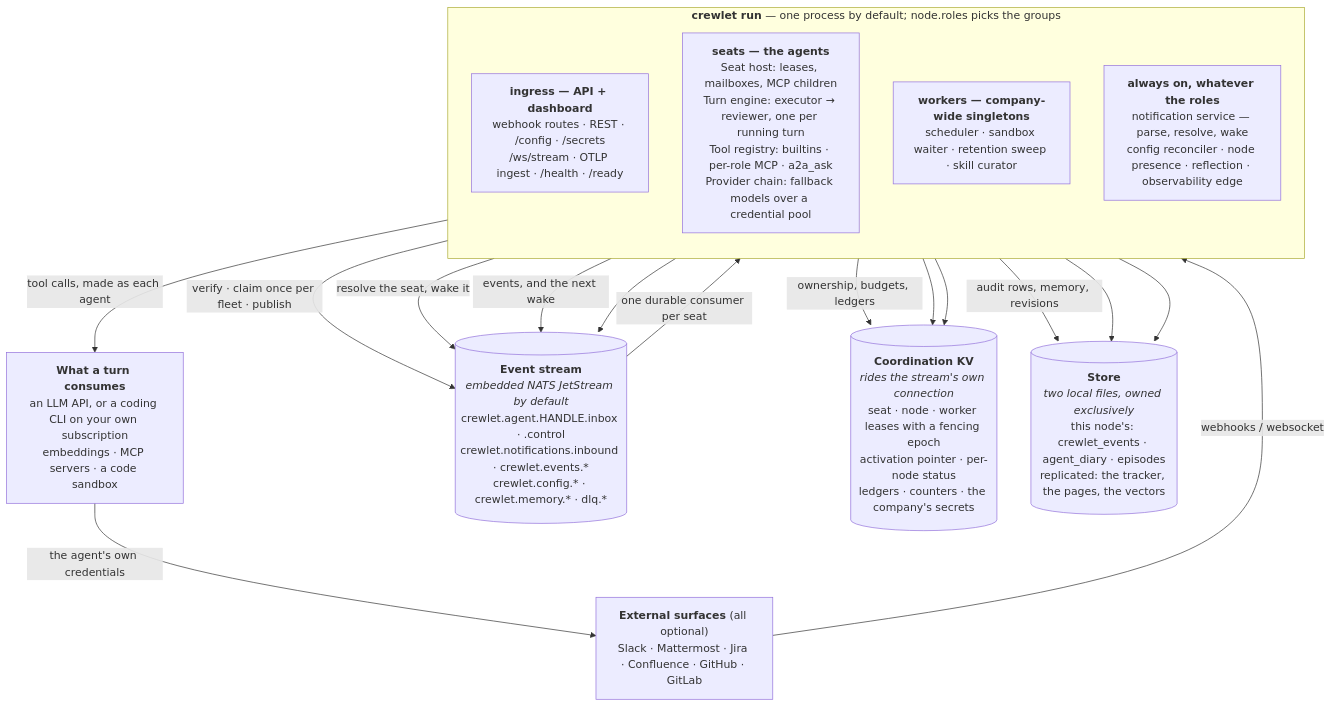
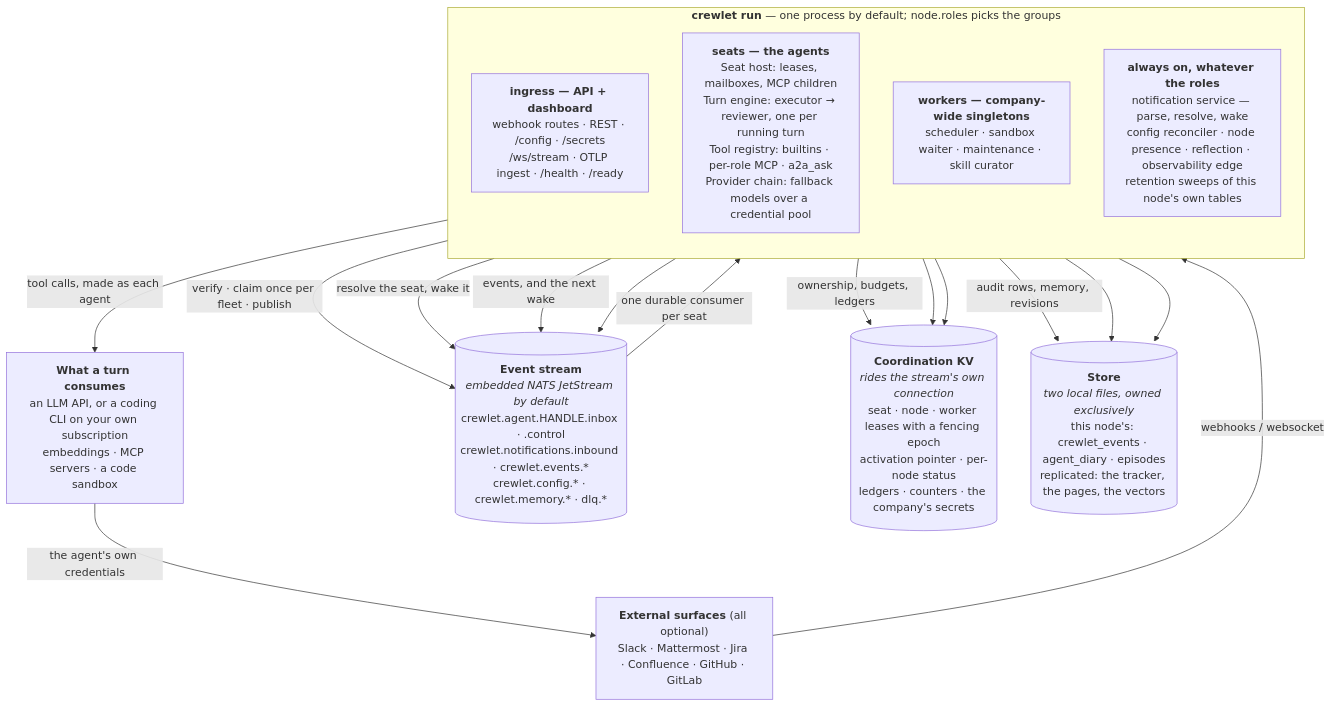
Before and after one commit to crewlet/crewlet: the diagram in docs/concepts/overview.md, drawn with Mermaid. The commit also changed other lines of this file and 79 other files, not shown here.

````diff
--- a/docs/concepts/overview.md
+++ b/docs/concepts/overview.md
@@ -56,32 +56,32 @@
 ```mermaid
 flowchart TB
     EXT["<b>External surfaces</b> (all optional)<br/>Slack · Mattermost · Jira · Confluence · GitHub · GitLab"]
     SUPPLY["<b>What a turn consumes</b><br/>an LLM API, or a coding CLI on your own subscription<br/>embeddings · MCP servers · a code sandbox"]
 
     subgraph proc["<b>crewlet run</b> — one process by default; node.roles picks the groups"]
         direction TB
         API["<b>ingress — API + dashboard</b><br/>webhook routes · REST · /config · /secrets<br/>/ws/stream · OTLP ingest · /health · /ready"]
         SEAT["<b>seats — the agents</b><br/>Seat host: leases, mailboxes, MCP children<br/>Turn engine: executor → reviewer, one per running turn<br/>Tool registry: builtins · per-role MCP · a2a_ask<br/>Provider chain: fallback models over a credential pool"]
-        DUTY["<b>workers — company-wide singletons</b><br/>scheduler · sandbox waiter · retention sweep · skill curator"]
-        CORE["<b>always on, whatever the roles</b><br/>notification service — parse, resolve, wake<br/>config reconciler · node presence · reflection · observability edge"]
+        DUTY["<b>workers — company-wide singletons</b><br/>scheduler · sandbox waiter · maintenance · skill curator"]
+        CORE["<b>always on, whatever the roles</b><br/>notification service — parse, resolve, wake<br/>config reconciler · node presence · reflection · observability edge<br/>retention sweeps of this node's own tables"]
     end
 
     STREAM[("<b>Event stream</b><br/><i>embedded NATS JetStream by default</i><br/>crewlet.agent.HANDLE.inbox · .control<br/>crewlet.notifications.inbound · crewlet.events.*<br/>crewlet.config.* · crewlet.memory.* · dlq.*")]
     KV[("<b>Coordination KV</b><br/><i>rides the stream's own connection</i><br/>seat · node · worker leases with a fencing epoch<br/>activation pointer · per-node status<br/>ledgers · counters · the company's secrets")]
     DB[("<b>Store</b><br/><i>two local files, owned exclusively</i><br/>this node's: crewlet_events · agent_diary · episodes<br/>replicated: the tracker, the pages, the vectors")]
 
     EXT -->|"webhooks / websocket"| API
     API -->|"verify · claim once per fleet · publish"| STREAM
     CORE -->|"resolve the seat, wake it"| STREAM
     STREAM -->|"one durable consumer per seat"| SEAT
     SEAT -->|"tool calls, made as each agent"| SUPPLY
     SUPPLY -->|"the agent's own credentials"| EXT
     SEAT -->|"events, and the next wake"| STREAM
     DUTY --> STREAM
     SEAT -->|"ownership, budgets, ledgers"| KV
     CORE --> KV
     DUTY --> KV
     SEAT -->|"audit rows, memory, revisions"| DB
     CORE --> DB
     API --> DB
 ```
````
